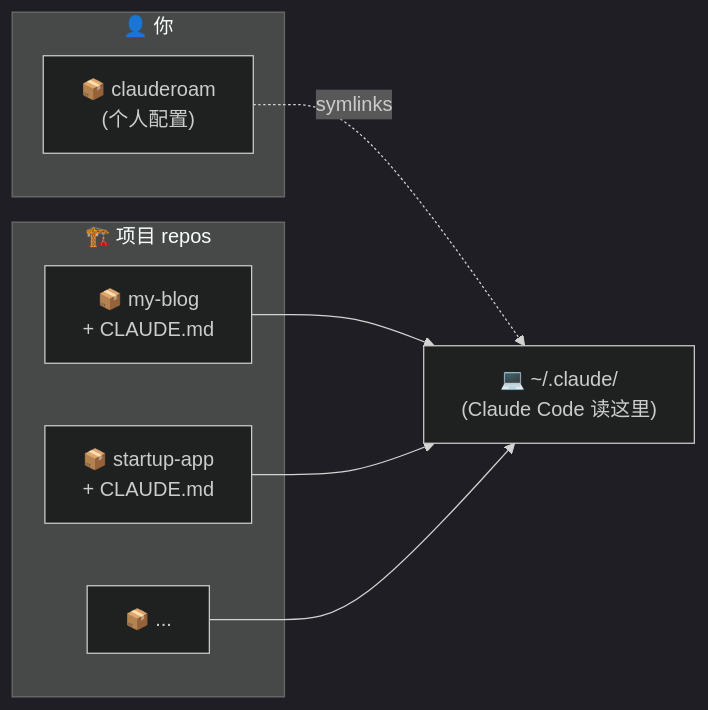
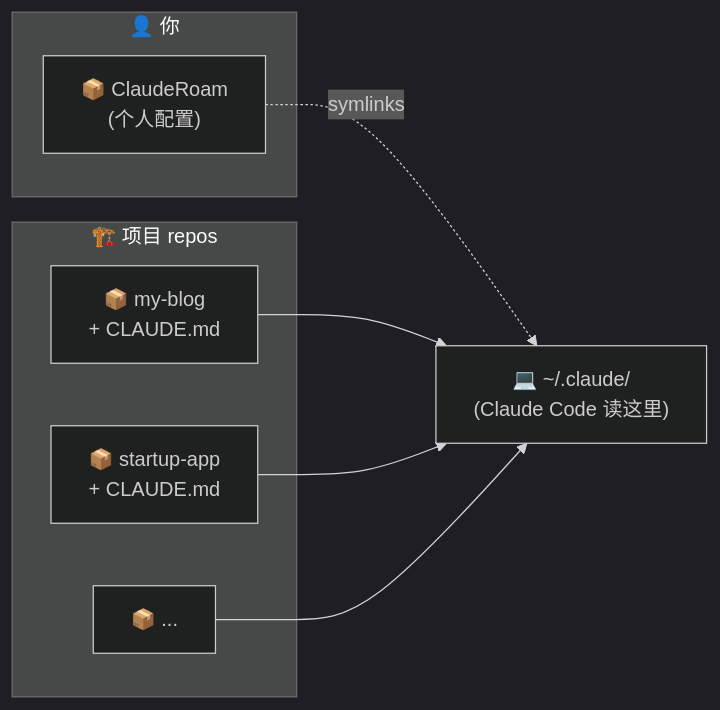
One commit to YunyueLi/clauderoam changed the third of 5 diagrams in README.zh-CN.md. Above: the diagram before and after it, drawn with Mermaid (dark theme). The commit also changed other lines of this file and 7 other files, not shown here.

First line of the commit message:
docs(brand): rename to ClaudeRoam in prose contexts

````diff
--- a/README.zh-CN.md
+++ b/README.zh-CN.md
@@ -155,15 +155,15 @@
 ```mermaid
 flowchart LR
     subgraph You["👤 你"]
-      CR["📦 clauderoam<br/>(个人配置)"]
+      CR["📦 ClaudeRoam<br/>(个人配置)"]
     end
     subgraph Projects["🏗️ 项目 repos"]
       P1["📦 my-blog<br/>+ CLAUDE.md"]
       P2["📦 startup-app<br/>+ CLAUDE.md"]
       P3["📦 ..."]
     end
     CR -.symlinks.-> CC["💻 ~/.claude/<br/>(Claude Code 读这里)"]
     P1 --> CC
     P2 --> CC
     P3 --> CC
 ```
````
